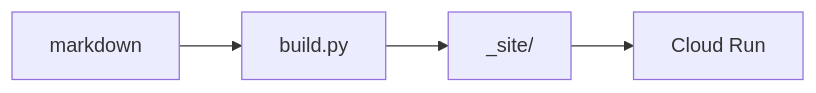
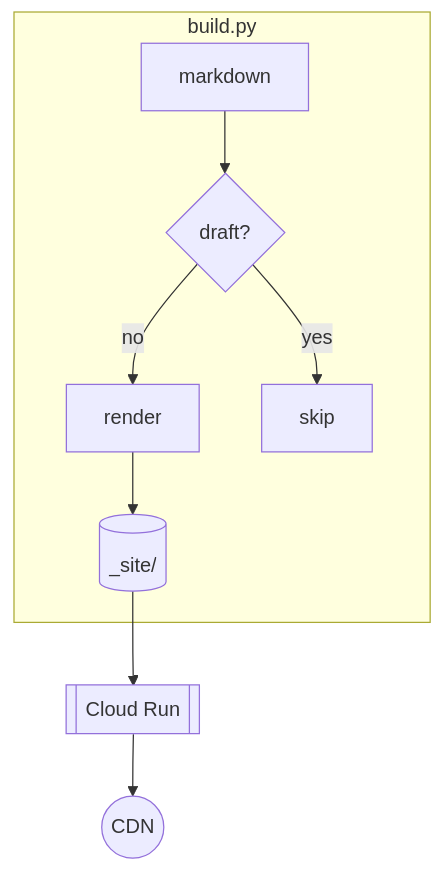
One commit to ofou/ofou.github.io changed the first of 5 diagrams in src/blog/posts/style-guide.md. Above: the diagram before and after it, drawn with Mermaid. The commit also changed other lines of this file and 6 other files, not shown here.

````diff
--- a/src/blog/posts/style-guide.md
+++ b/src/blog/posts/style-guide.md
@@ -158,6 +425,11 @@
 ```mermaid
-flowchart LR
-    A["markdown"] --> B["build.py"]
-    B --> C["_site/"]
-    C --> D["Cloud Run"]
+flowchart TB
+    subgraph build["build.py"]
+        A["markdown"] --> B{"draft?"}
+        B -->|no| C["render"]
+        B -->|yes| D["skip"]
+        C --> E[("_site/")]
+    end
+    E --> F[["Cloud Run"]]
+    F --> G(("CDN"))
 ```
````
